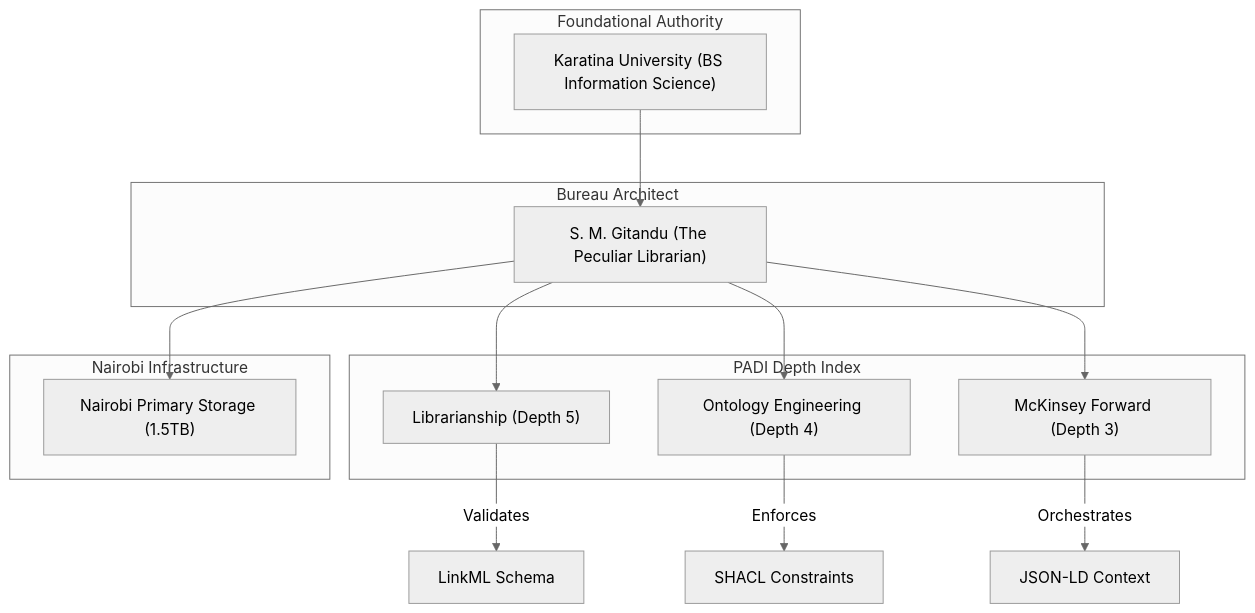
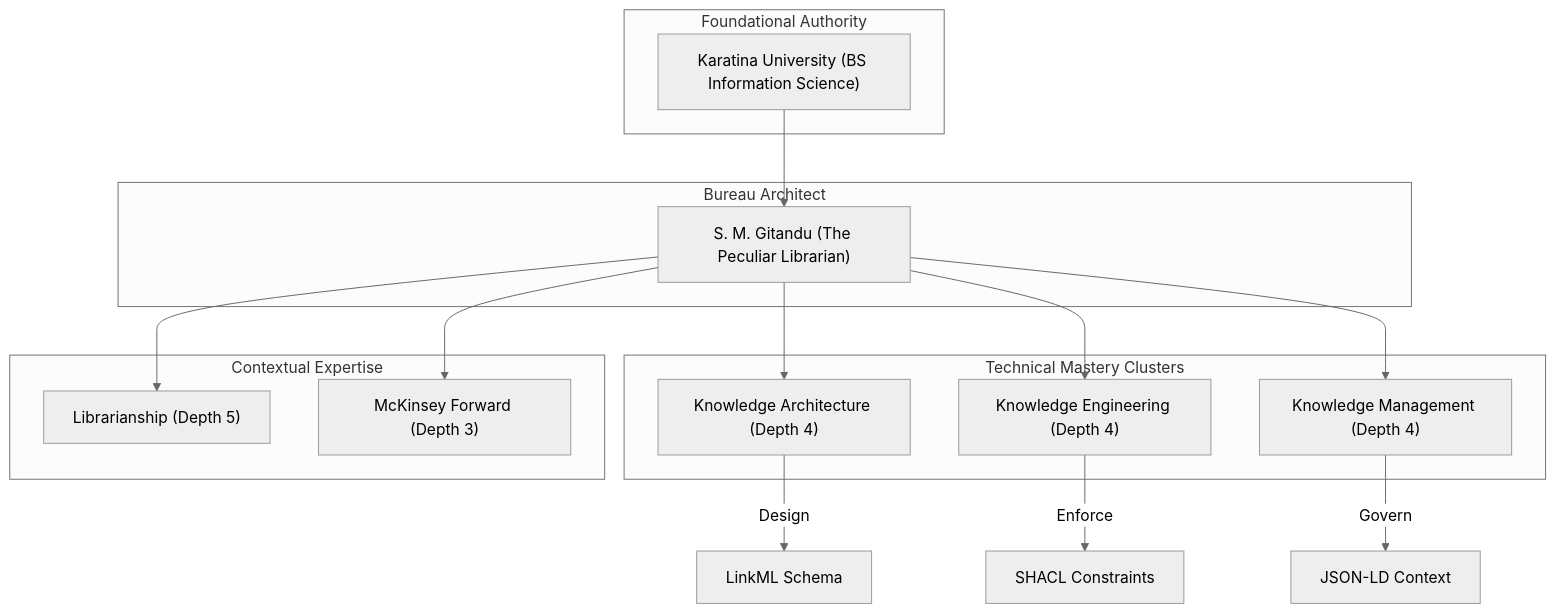
The diagram in README.md (peculiarlibrary/padi-authority-control), drawn with Mermaid (neutral theme) before and after one commit. The commit also changed other lines of this file, not shown here.

Commit message:
docs: Expand Knowledge Graph with Architecture, Engineering, and Management pillars

````diff
--- a/README.md
+++ b/README.md
@@ -7,30 +7,32 @@
 ```mermaid
 graph TD
     subgraph Academic_Root [Foundational Authority]
         KU["Karatina University (BS Information Science)"]
     end
 
     subgraph Personal_Agent [Bureau Architect]
         SMG["S. M. Gitandu (The Peculiar Librarian)"]
     end
 
-    subgraph Authority_Clusters [PADI Depth Index]
-        LIS["Librarianship (Depth 5)"]
-        ONT["Ontology Engineering (Depth 4)"]
-        MCK["McKinsey Forward (Depth 3)"]
+    subgraph Knowledge_Pillars [Technical Mastery Clusters]
+        KA["Knowledge Architecture (Depth 4)"]
+        KE["Knowledge Engineering (Depth 4)"]
+        KM["Knowledge Management (Depth 4)"]
     end
 
-    subgraph Physical_Node [Nairobi Infrastructure]
-        HW["Nairobi Primary Storage (1.5TB)"]
+    subgraph Authority_Clusters [Contextual Expertise]
+        LIS["Librarianship (Depth 5)"]
+        MCK["McKinsey Forward (Depth 3)"]
     end
 
     KU --> SMG
     SMG --> LIS
-    SMG --> ONT
     SMG --> MCK
-    SMG --> HW
+    SMG --> KA
+    SMG --> KE
+    SMG --> KM
 
-    LIS --> |Validates| LML["LinkML Schema"]
-    ONT --> |Enforces| SHC["SHACL Constraints"]
-    MCK --> |Orchestrates| JLD["JSON-LD Context"]
+    KA --> |Design| LML["LinkML Schema"]
+    KE --> |Enforce| SHC["SHACL Constraints"]
+    KM --> |Govern| JLD["JSON-LD Context"]
 ```
````
